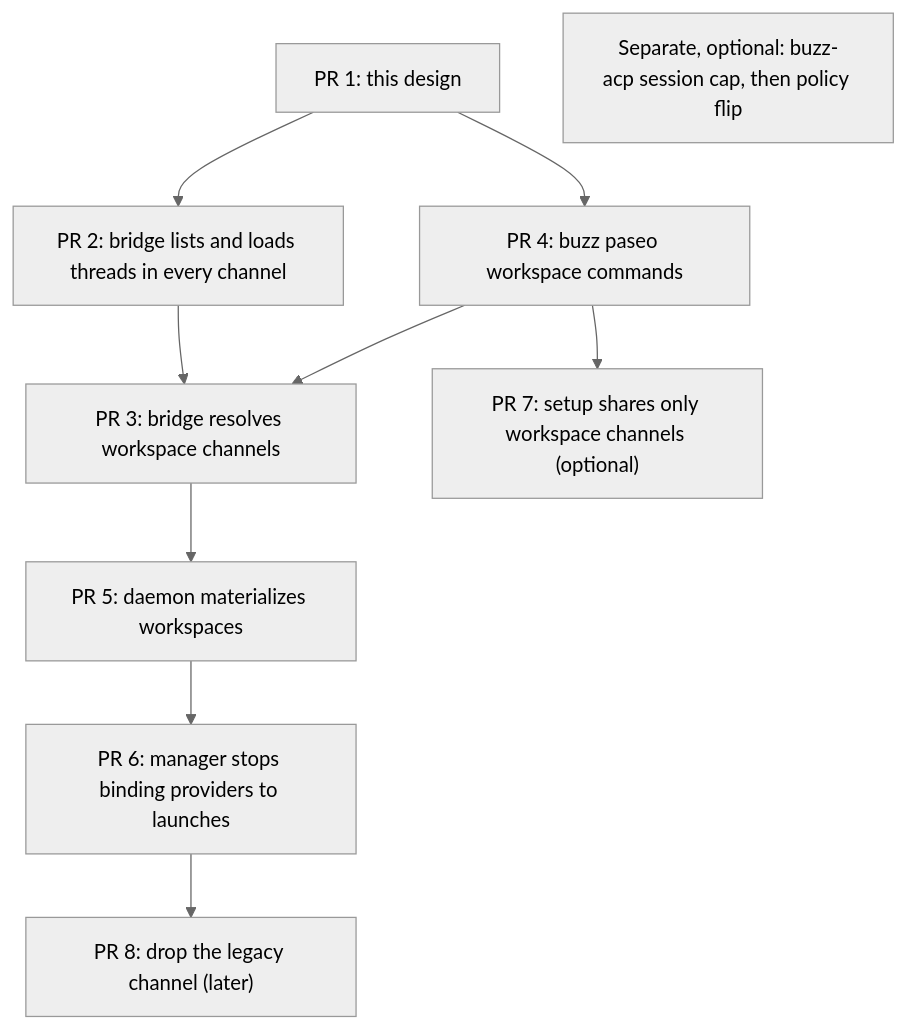
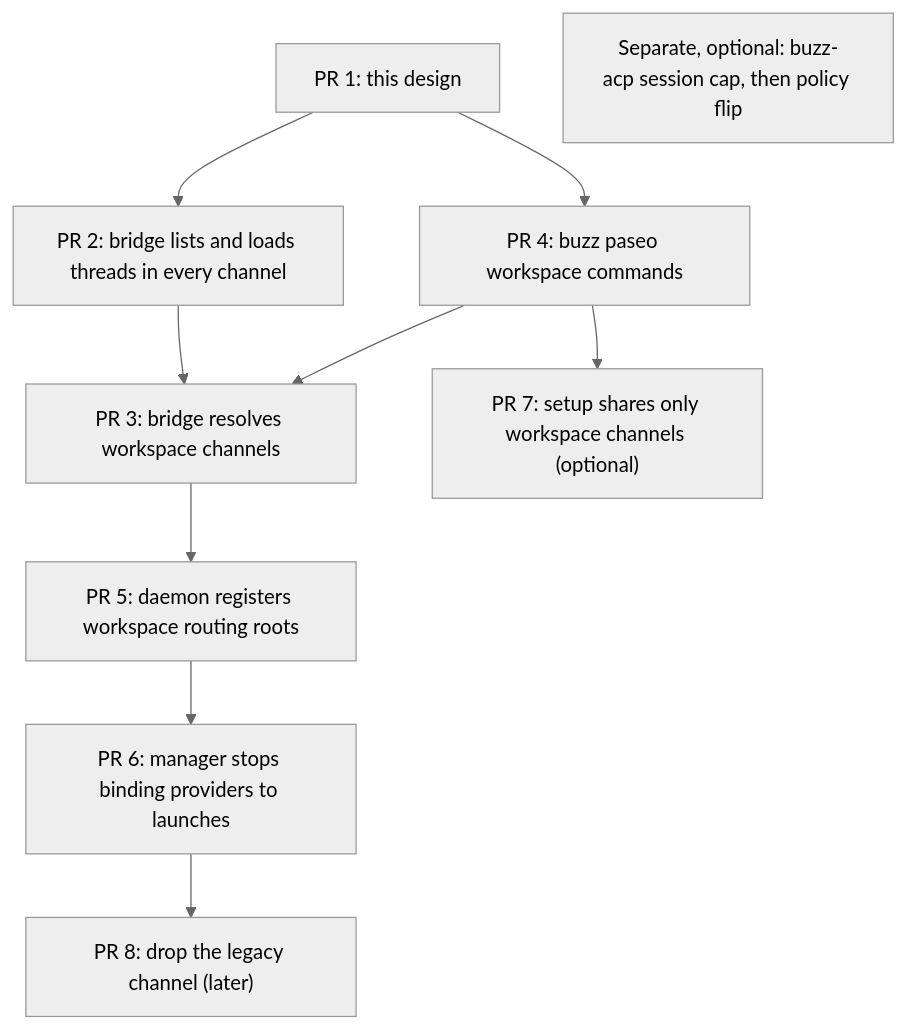
The second of 2 diagrams in PLANS/PASEO_WORKSPACES_DESIGN.md (voltagecloud/buzz), drawn with Mermaid (neutral theme) before and after one commit. The commit also changed other lines of this file and 11 other files, not shown here.

Commit message:
feat(paseo-daemon): register owner workspace routing roots (#212)

````diff
--- a/PLANS/PASEO_WORKSPACES_DESIGN.md
+++ b/PLANS/PASEO_WORKSPACES_DESIGN.md
@@ -578,12 +571,12 @@
 ```mermaid
 flowchart TD
   P1["PR 1: this design"] --> P2["PR 2: bridge lists and loads threads in every channel"]
   P2 --> P3["PR 3: bridge resolves workspace channels"]
   P1 --> P4["PR 4: buzz paseo workspace commands"]
   P4 --> P3
-  P3 --> P5["PR 5: daemon materializes workspaces"]
+  P3 --> P5["PR 5: daemon registers workspace routing roots"]
   P5 --> P6["PR 6: manager stops binding providers to launches"]
   P6 --> P8["PR 8: drop the legacy channel (later)"]
   P4 --> P7["PR 7: setup shares only workspace channels (optional)"]
   S["Separate, optional: buzz-acp session cap, then policy flip"]
 ```
````
